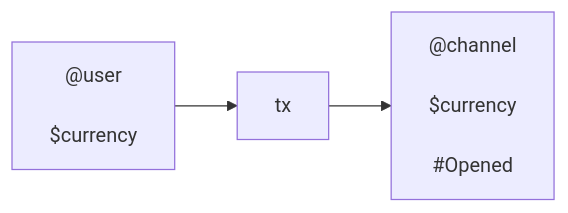
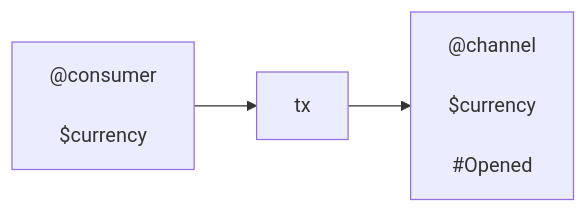
One commit to cardano-lightning/konduit changed the second of 12 diagrams in docs/design/requirements/31_kernel.md. Above: the diagram before and after it, drawn with Mermaid. The commit also changed other lines of this file and 4 other files, not shown here.

````diff
--- a/docs/design/requirements/31_kernel.md
+++ b/docs/design/requirements/31_kernel.md
@@ -656,17 +658,17 @@
 ```mermaid
 flowchart LR
-    i_user["
-      @user \n
+    i_consumer["
+      @consumer \n
       $currency \n
     "]
 
     m["tx"]
 
     o_channel["
       @channel \n
       $currency \n
       #Opened
     "]
 
-    i_user --> m --> o_channel
+    i_consumer --> m --> o_channel
 ```
````
